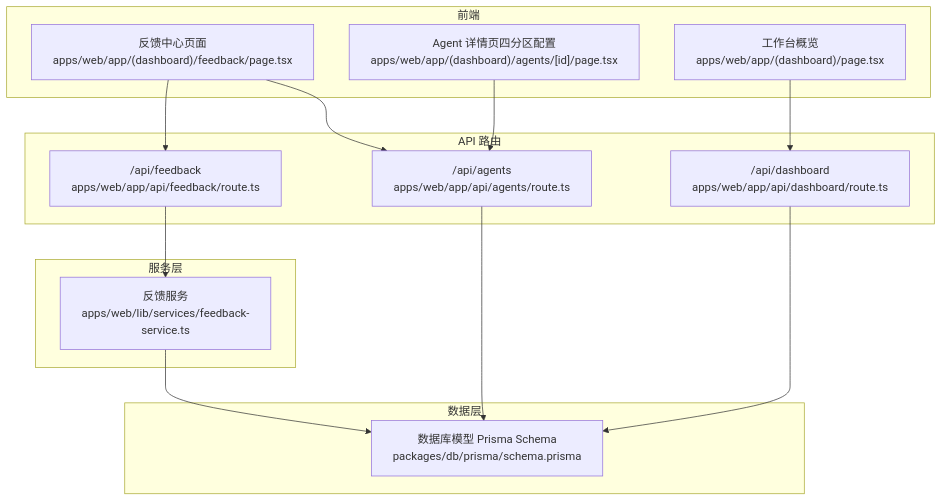
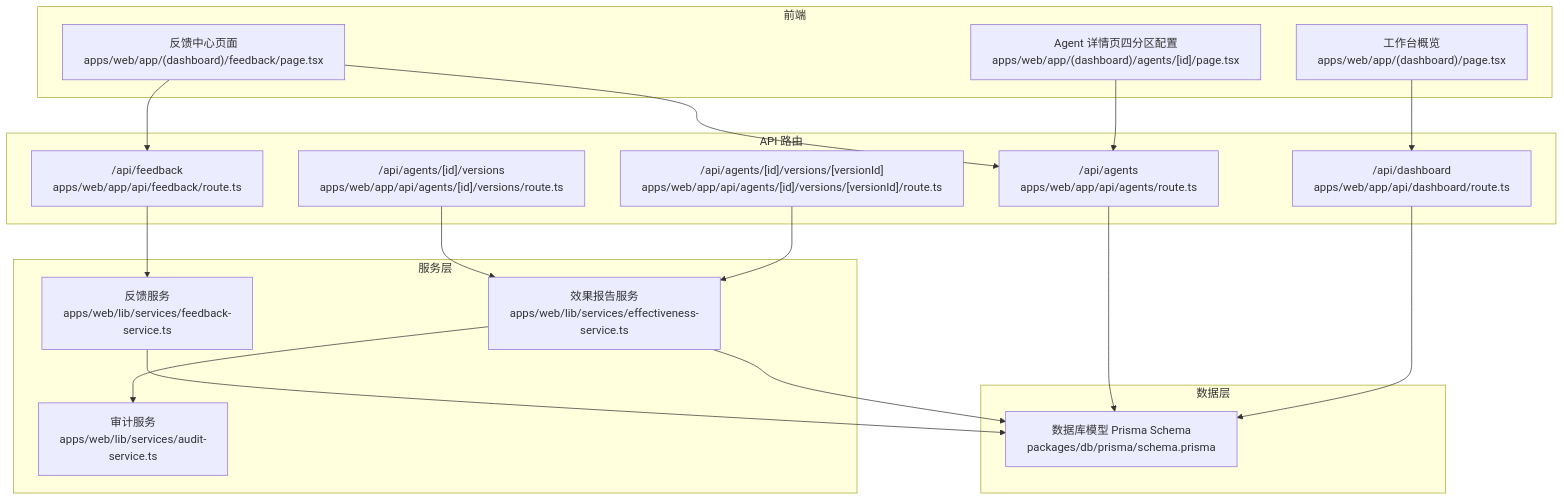
One commit to ai-guru-global/agent-up changed the first of 7 diagrams in .qoder/repowiki/zh/content/核心概念/反馈驱动改进循环.md. Above: the diagram before and after it, drawn with Mermaid. The commit also changed other lines of this file and 59 other files, not shown here.

````diff
--- a/.qoder/repowiki/zh/content/核心概念/反馈驱动改进循环.md
+++ b/.qoder/repowiki/zh/content/核心概念/反馈驱动改进循环.md
@@ -37,27 +50,35 @@
 ```mermaid
 graph TB
 subgraph "前端"
 FE_FB["反馈中心页面<br/>apps/web/app/(dashboard)/feedback/page.tsx"]
 FE_AGENT["Agent 详情页四分区配置<br/>apps/web/app/(dashboard)/agents/[id]/page.tsx"]
 FE_DASH["工作台概览<br/>apps/web/app/(dashboard)/page.tsx"]
 end
 subgraph "API 路由"
 API_FB["/api/feedback<br/>apps/web/app/api/feedback/route.ts"]
 API_AGENTS["/api/agents<br/>apps/web/app/api/agents/route.ts"]
+API_VERSIONS["/api/agents/[id]/versions<br/>apps/web/app/api/agents/[id]/versions/route.ts"]
+API_VERSION_DETAIL["/api/agents/[id]/versions/[versionId]<br/>apps/web/app/api/agents/[id]/versions/[versionId]/route.ts"]
 API_DASH["/api/dashboard<br/>apps/web/app/api/dashboard/route.ts"]
 end
 subgraph "服务层"
 SVC_FB["反馈服务<br/>apps/web/lib/services/feedback-service.ts"]
+SVC_EFFECT["效果报告服务<br/>apps/web/lib/services/effectiveness-service.ts"]
+SVC_AUDIT["审计服务<br/>apps/web/lib/services/audit-service.ts"]
 end
 subgraph "数据层"
 DB_SCHEMA["数据库模型 Prisma Schema<br/>packages/db/prisma/schema.prisma"]
 end
 FE_FB --> API_FB
 FE_FB --> API_AGENTS
 FE_AGENT --> API_AGENTS
 FE_DASH --> API_DASH
 API_FB --> SVC_FB
+API_VERSIONS --> SVC_EFFECT
+API_VERSION_DETAIL --> SVC_EFFECT
 SVC_FB --> DB_SCHEMA
+SVC_EFFECT --> SVC_AUDIT
+SVC_EFFECT --> DB_SCHEMA
 API_AGENTS --> DB_SCHEMA
 API_DASH --> DB_SCHEMA
 ```
````
